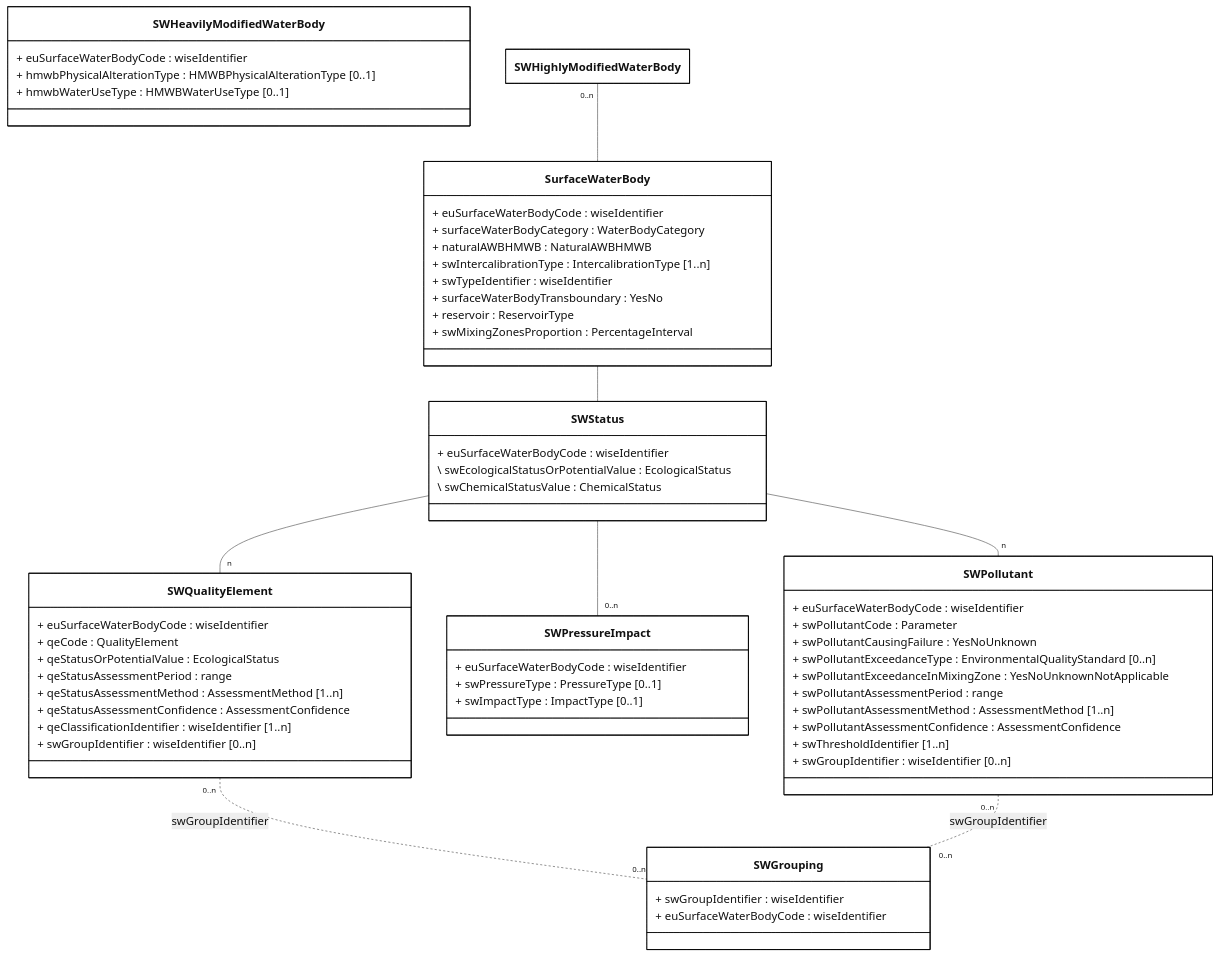
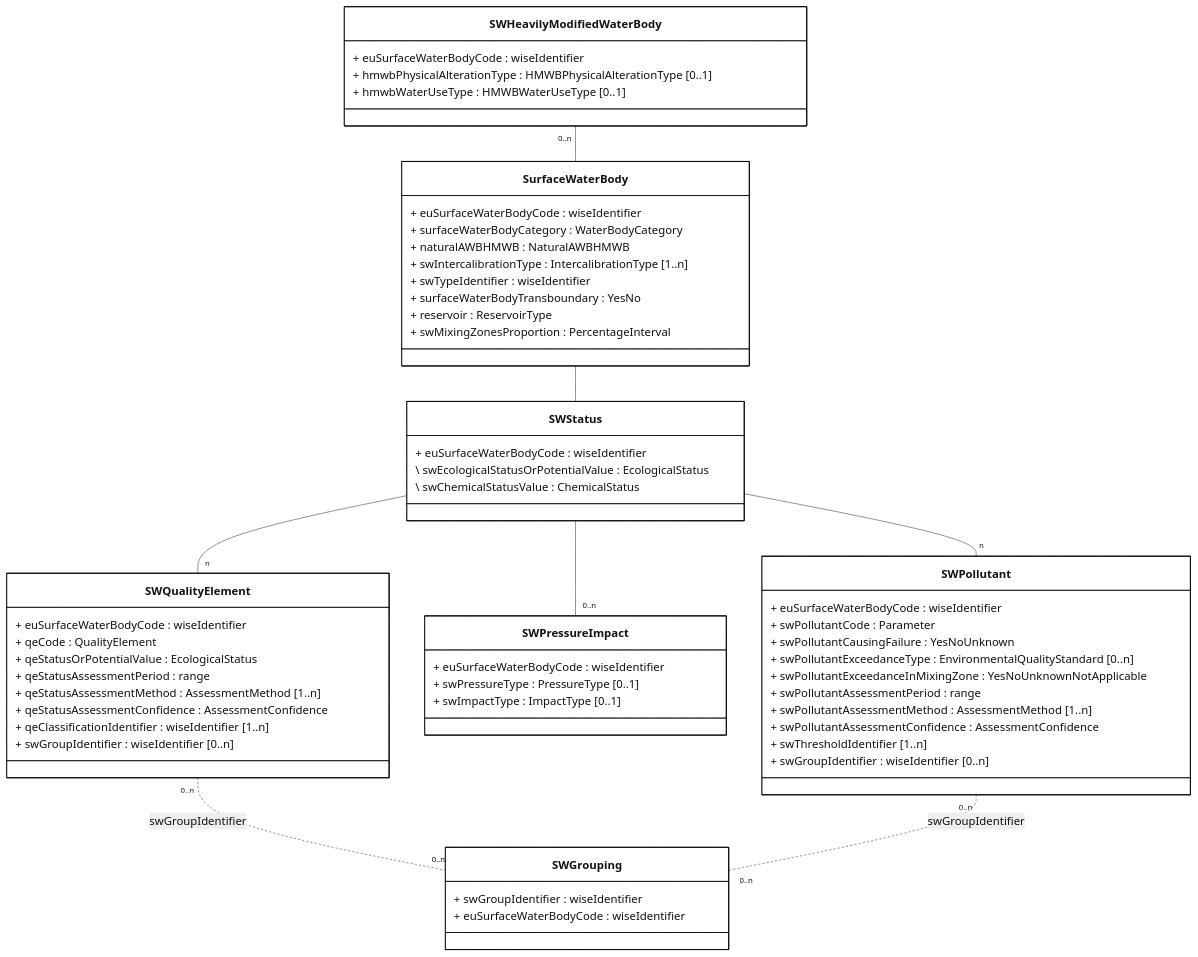
The diagram in docs/DataModelReview/mmd/SurfaceWater_4thCycle_DescriptiveData_ClassDiagram.mmd (eeadata/WISE.WFD.Documentation), drawn with Mermaid before and after one commit.

Commit message:
Fix class diagram for SurfaceWater entities

```diff
--- a/docs/DataModelReview/mmd/SurfaceWater_4thCycle_DescriptiveData_ClassDiagram.mmd
+++ b/docs/DataModelReview/mmd/SurfaceWater_4thCycle_DescriptiveData_ClassDiagram.mmd
@@ -1,81 +1,81 @@
 ---
 config:
   class:
     hideEmptyMembersBox: true
   layout: dagre
   theme: neutral
 ---
 classDiagram
 direction TB
 
 class SurfaceWaterBody {
     + euSurfaceWaterBodyCode : wiseIdentifier
     + surfaceWaterBodyCategory : WaterBodyCategory
     + naturalAWBHMWB : NaturalAWBHMWB
     + swIntercalibrationType : IntercalibrationType [1..n]
     + swTypeIdentifier : wiseIdentifier
     + surfaceWaterBodyTransboundary : YesNo
     + reservoir : ReservoirType
     + swMixingZonesProportion : PercentageInterval
 }
 
 class SWStatus {
     + euSurfaceWaterBodyCode : wiseIdentifier
     \ swEcologicalStatusOrPotentialValue : EcologicalStatus
     \ swChemicalStatusValue : ChemicalStatus
 }
 
 class SWPollutant {
     + euSurfaceWaterBodyCode : wiseIdentifier
     + swPollutantCode : Parameter
     + swPollutantCausingFailure : YesNoUnknown
     + swPollutantExceedanceType : EnvironmentalQualityStandard [0..n]
     + swPollutantExceedanceInMixingZone : YesNoUnknownNotApplicable
     
     + swPollutantAssessmentPeriod : range
     + swPollutantAssessmentMethod : AssessmentMethod [1..n]
     + swPollutantAssessmentConfidence : AssessmentConfidence
 
     + swThresholdIdentifier [1..n]
     + swGroupIdentifier : wiseIdentifier [0..n]
 }
 
 class SWPressureImpact {
     + euSurfaceWaterBodyCode : wiseIdentifier
     + swPressureType : PressureType [0..1]
     + swImpactType : ImpactType  [0..1]
 }
 
 class SWHeavilyModifiedWaterBody {
     + euSurfaceWaterBodyCode : wiseIdentifier
     + hmwbPhysicalAlterationType : HMWBPhysicalAlterationType [0..1]
     + hmwbWaterUseType : HMWBWaterUseType [0..1]
 }
 
 class SWQualityElement{
     + euSurfaceWaterBodyCode : wiseIdentifier
     + qeCode : QualityElement
     + qeStatusOrPotentialValue : EcologicalStatus
     + qeStatusAssessmentPeriod : range
     + qeStatusAssessmentMethod : AssessmentMethod [1..n]
     + qeStatusAssessmentConfidence : AssessmentConfidence
     + qeClassificationIdentifier : wiseIdentifier [1..n]
     + swGroupIdentifier : wiseIdentifier [0..n]
 }
 class SWGrouping{
     + swGroupIdentifier : wiseIdentifier
     + euSurfaceWaterBodyCode : wiseIdentifier
 }
 
-SWHighlyModifiedWaterBody "0..n" -- SurfaceWaterBody 
+SWHeavilyModifiedWaterBody "0..n" -- SurfaceWaterBody 
 SurfaceWaterBody -- SWStatus
 SWStatus -- "n" SWQualityElement
 SWStatus -- "0..n" SWPressureImpact
 SWStatus -- "n" SWPollutant
 
 SWQualityElement "0..n" .. "0..n" SWGrouping : swGroupIdentifier
 SWPollutant "0..n" .. "0..n" SWGrouping : swGroupIdentifier
 
 classDef default fill:white,stroke:#000;
 classDef forFixing fill:white,stroke:#f00;
 classDef otherDataset fill:lightyellow,stroke:#000;
```
